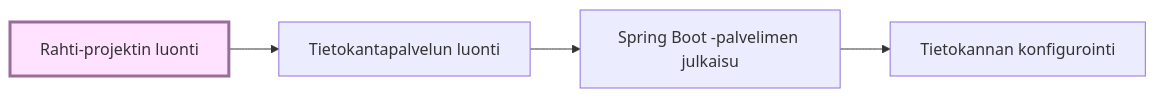
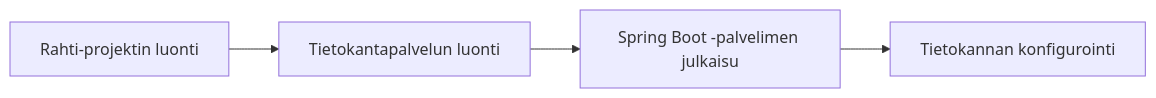
Before and after one commit to haagahelia/hh-csc-docs: the first of 2 diagrams in docs/ohje_spring_rahti.md, drawn with Mermaid. The commit also changed other lines of this file and 2 other files, not shown here.

````diff
--- a/docs/ohje_spring_rahti.md
+++ b/docs/ohje_spring_rahti.md
@@ -16,13 +12,13 @@
 ```mermaid
 flowchart LR
   classDef highlight fill:#ffe2ff,stroke:#996d99,stroke-width:3px;
 
   step1[Rahti-projektin luonti]
   step2[Tietokantapalvelun luonti]
   step3[Spring Boot -palvelimen julkaisu]
   step4[Tietokannan konfigurointi]
 
-  step1:::highlight-->step2
+  step1-->step2
   step2-->step3
   step3-->step4
 ```
````
